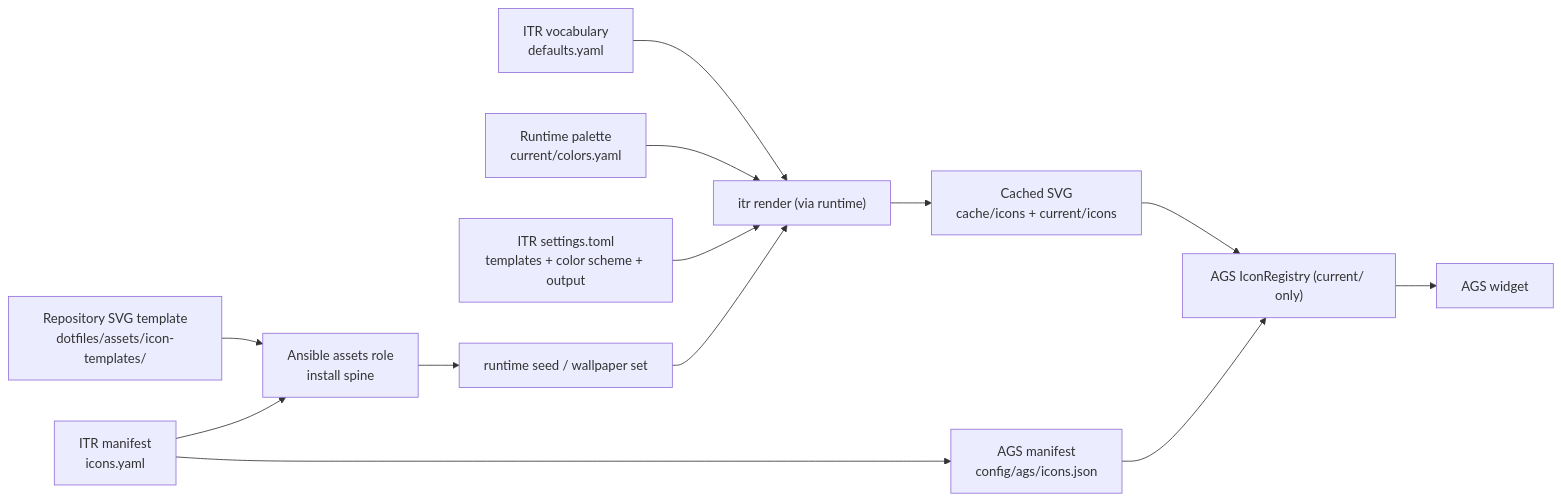
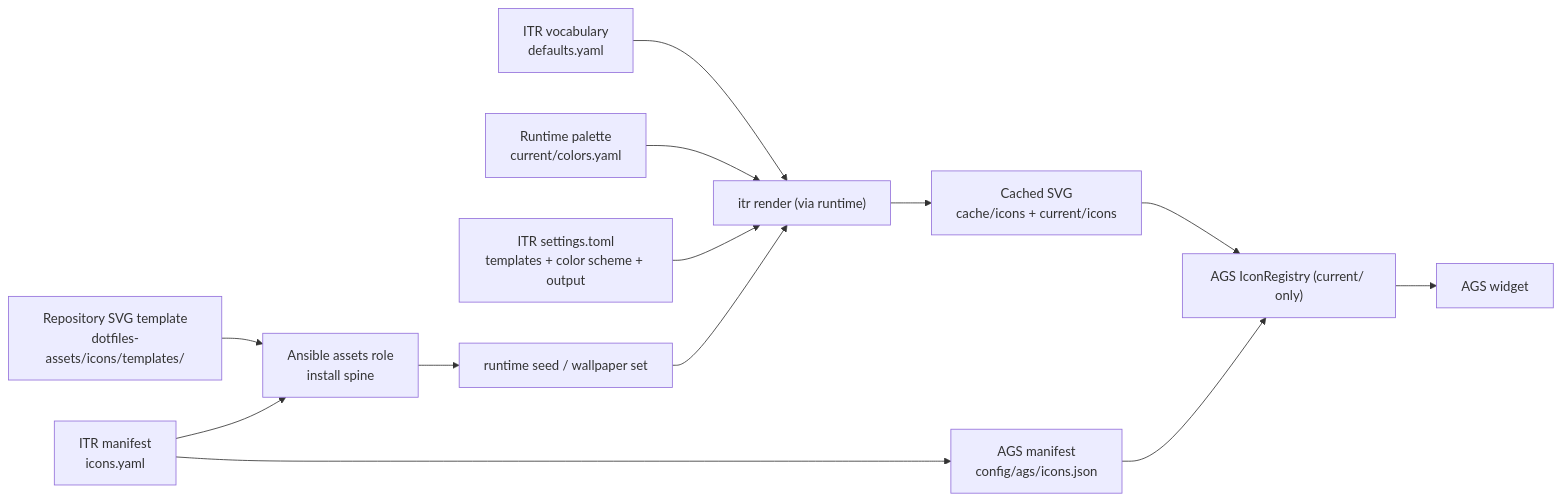
One commit to RandomGenericUsername/dotfiles-v3 changed the diagram in docs/Adding an Icon — ITR and Provisioning Pipeline.md. Above: the diagram before and after it, drawn with Mermaid. The commit also changed other lines of this file and 131 other files, not shown here.

````diff
--- a/docs/Adding an Icon — ITR and Provisioning Pipeline.md
+++ b/docs/Adding an Icon — ITR and Provisioning Pipeline.md
@@ -37,28 +37,28 @@
 ```mermaid
 flowchart LR
-    SVG["Repository SVG template<br/>dotfiles/assets/icon-templates/"]
+    SVG["Repository SVG template<br/>dotfiles-assets/icons/templates/"]
     YAML["ITR manifest<br/>icons.yaml"]
     DEFAULTS["ITR vocabulary<br/>defaults.yaml"]
     PALETTE["Runtime palette<br/>current/colors.yaml"]
     ASSETS["Ansible assets role<br/>install spine"]
     SETTINGS["ITR settings.toml<br/>templates + color scheme + output"]
     SEED["runtime seed / wallpaper set"]
     ITR["itr render (via runtime)"]
     CACHE["Cached SVG<br/>cache/icons + current/icons"]
     JSON["AGS manifest<br/>config/ags/icons.json"]
     REGISTRY["AGS IconRegistry (current/ only)"]
     WIDGET["AGS widget"]
 
     SVG --> ASSETS
     YAML --> ASSETS
     DEFAULTS --> ITR
     PALETTE --> ITR
     SETTINGS --> ITR
     ASSETS --> SEED
     SEED --> ITR
     ITR --> CACHE
     YAML --> JSON
     CACHE --> REGISTRY
     JSON --> REGISTRY
     REGISTRY --> WIDGET
 ```
````
